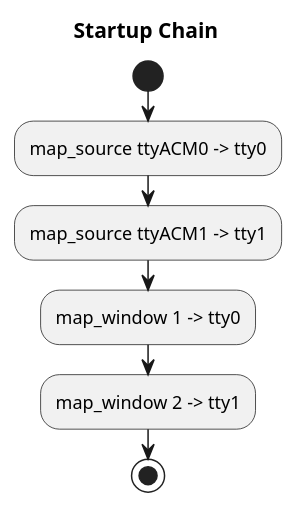
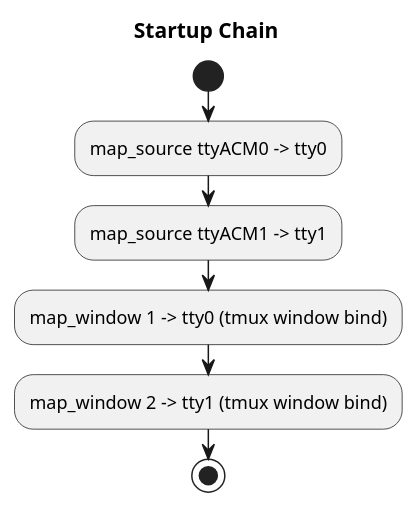
The diagram in docs/diagrams/startup-chain.puml (virtioso/autopilot), drawn with PlantUML before and after one commit. The commit also changed 7 other files, not shown here.

Commit message:
docs: migrate ui/operator docs and diagrams to tmux-native model

```diff
--- a/docs/diagrams/startup-chain.puml
+++ b/docs/diagrams/startup-chain.puml
@@ -1,11 +1,11 @@
 @startuml
 title Startup Chain
 
 start
 :map_source ttyACM0 -> tty0;
 :map_source ttyACM1 -> tty1;
-:map_window 1 -> tty0;
-:map_window 2 -> tty1;
+:map_window 1 -> tty0 (tmux window bind);
+:map_window 2 -> tty1 (tmux window bind);
 stop
 
 @enduml
```
